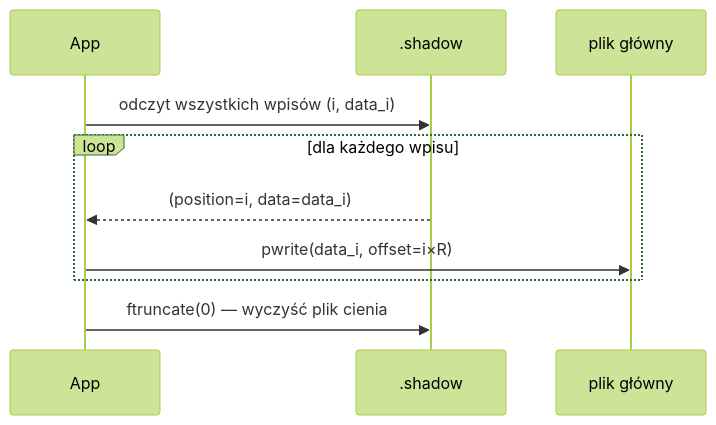
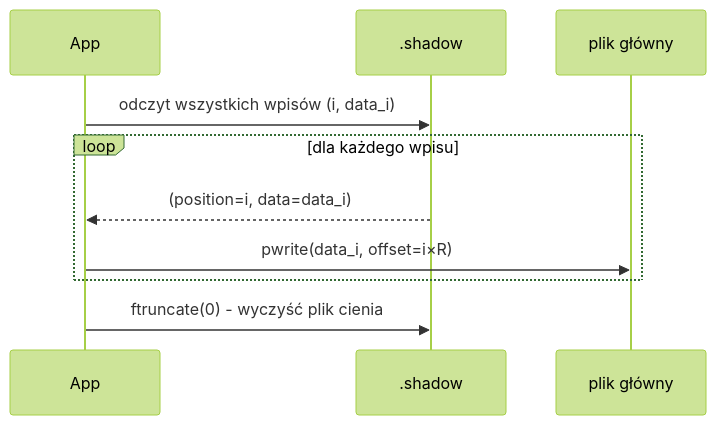
One commit to michalwidera/dokumentacja-rdb changed the sixth of 9 diagrams in architektura-systemu-przetwarzania-danych/format-zapisu-danych/pliki.md. Above: the diagram before and after it, drawn with Mermaid (forest theme). The commit also changed other lines of this file and 61 other files, not shown here.

````diff
--- a/architektura-systemu-przetwarzania-danych/format-zapisu-danych/pliki.md
+++ b/architektura-systemu-przetwarzania-danych/format-zapisu-danych/pliki.md
@@ -534,13 +534,13 @@
 ```mermaid
 sequenceDiagram
     participant App
     participant Shadow as .shadow
     participant Main as plik główny
 
     App->>Shadow: odczyt wszystkich wpisów (i, data_i)
     loop dla każdego wpisu
         Shadow-->>App: (position=i, data=data_i)
         App->>Main: pwrite(data_i, offset=i×R)
     end
-    App->>Shadow: ftruncate(0) — wyczyść plik cienia
+    App->>Shadow: ftruncate(0) - wyczyść plik cienia
 ```
````
